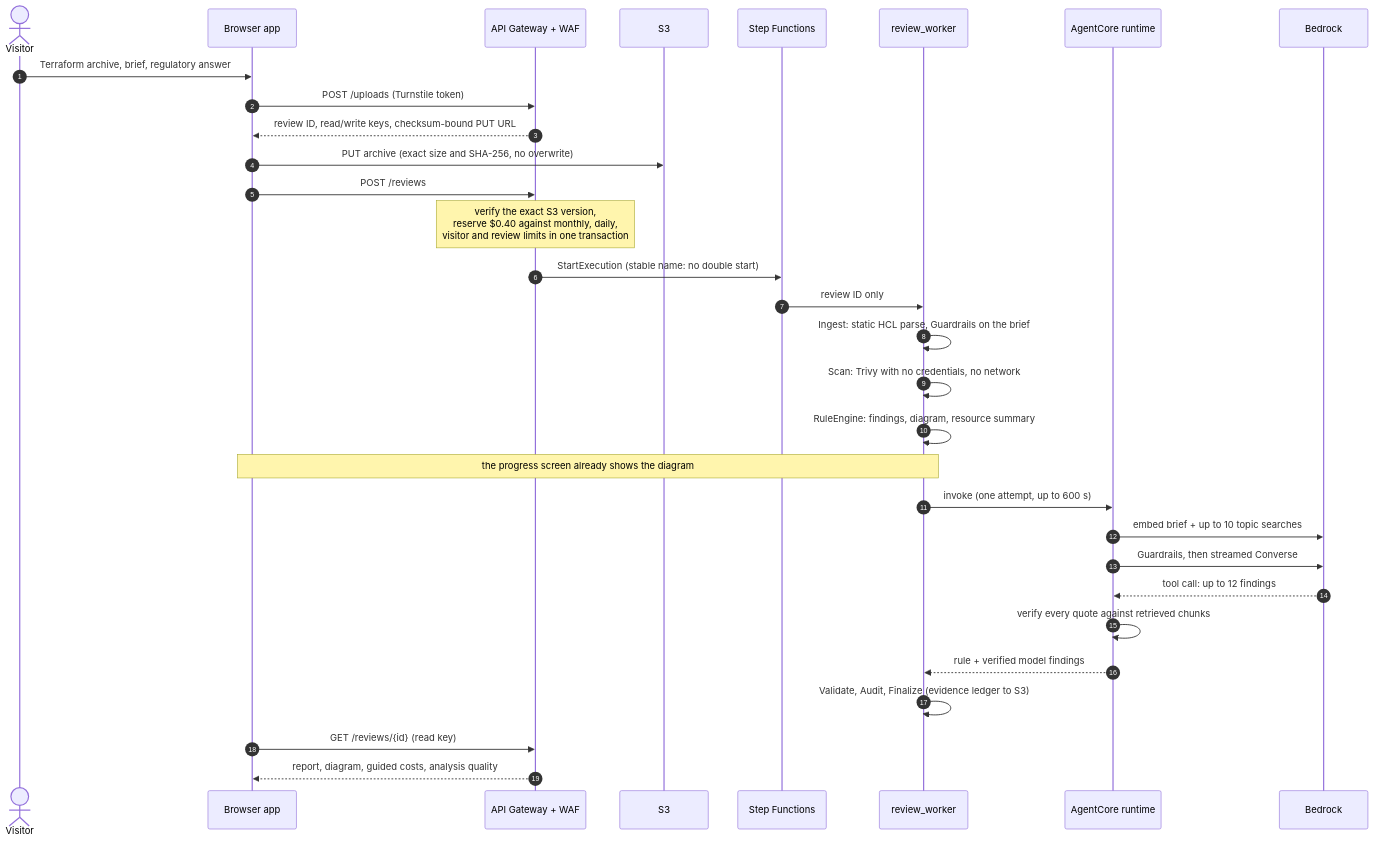
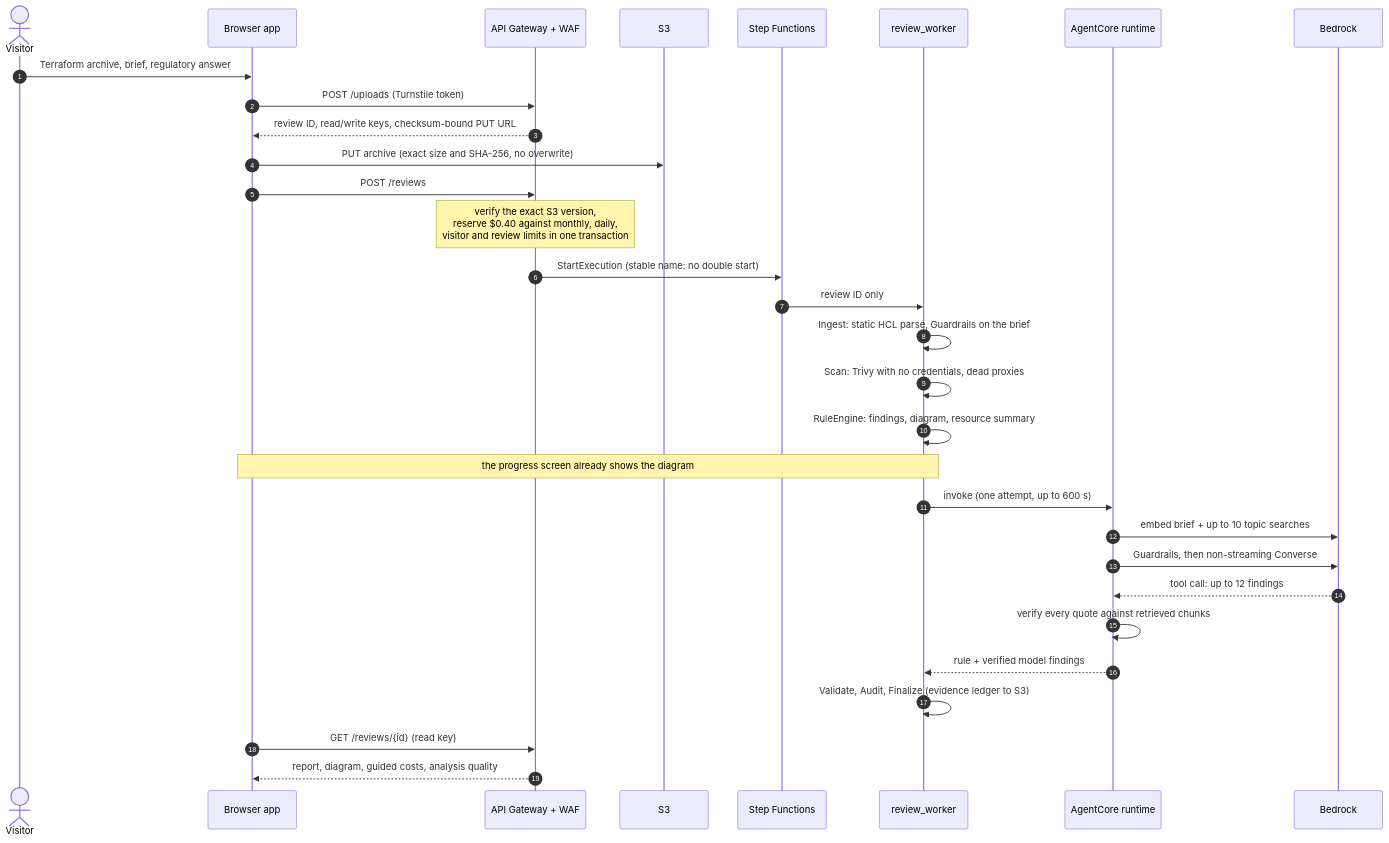
The second of 4 diagrams in docs/system-walkthrough.md (nandohtorres/archibrief), drawn with Mermaid before and after one commit. The commit also changed other lines of this file and 9 other files, not shown here.

````diff
--- a/docs/system-walkthrough.md
+++ b/docs/system-walkthrough.md
@@ -73,34 +73,34 @@
 ```mermaid
 sequenceDiagram
     autonumber
     actor V as Visitor
     participant UI as Browser app
     participant API as API Gateway + WAF
     participant S3 as S3
     participant SFN as Step Functions
     participant W as review_worker
     participant AC as AgentCore runtime
     participant BR as Bedrock
 
     V->>UI: Terraform archive, brief, regulatory answer
     UI->>API: POST /uploads (Turnstile token)
     API-->>UI: review ID, read/write keys, checksum-bound PUT URL
     UI->>S3: PUT archive (exact size and SHA-256, no overwrite)
     UI->>API: POST /reviews
     Note over API: verify the exact S3 version,<br/>reserve $0.40 against monthly, daily,<br/>visitor and review limits in one transaction
     API->>SFN: StartExecution (stable name: no double start)
     SFN->>W: review ID only
     W->>W: Ingest: static HCL parse, Guardrails on the brief
-    W->>W: Scan: Trivy with no credentials, no network
+    W->>W: Scan: Trivy with no credentials, dead proxies
     W->>W: RuleEngine: findings, diagram, resource summary
     Note over UI,W: the progress screen already shows the diagram
     W->>AC: invoke (one attempt, up to 600 s)
     AC->>BR: embed brief + up to 10 topic searches
-    AC->>BR: Guardrails, then streamed Converse
+    AC->>BR: Guardrails, then non-streaming Converse
     BR-->>AC: tool call: up to 12 findings
     AC->>AC: verify every quote against retrieved chunks
     AC-->>W: rule + verified model findings
     W->>W: Validate, Audit, Finalize (evidence ledger to S3)
     UI->>API: GET /reviews/{id} (read key)
     API-->>UI: report, diagram, guided costs, analysis quality
 ```
````
